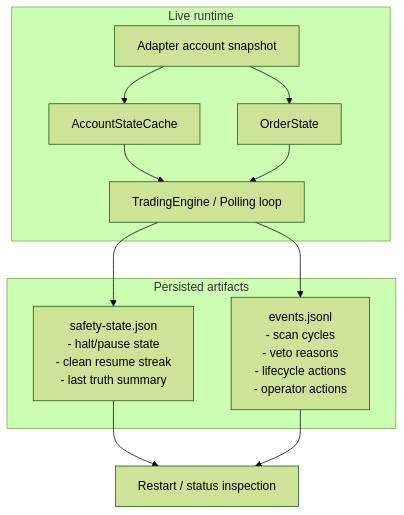
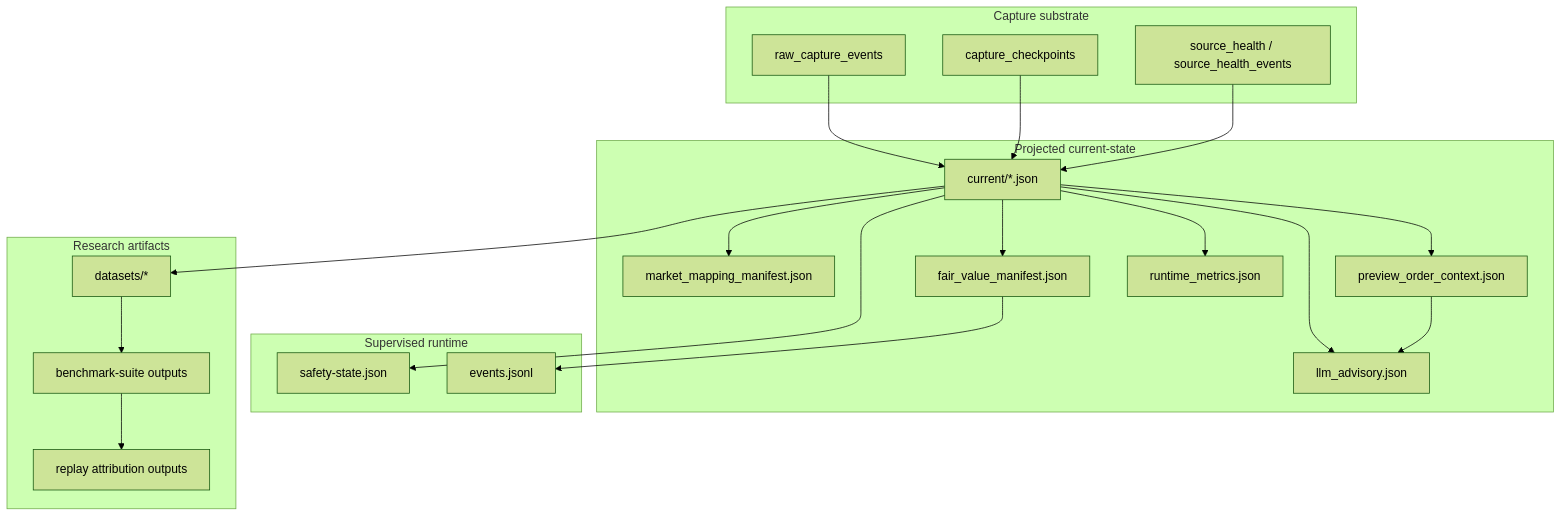
Before and after one commit to harshitagarwal2/polymarket-prediction-agent: the diagram in docs/diagrams/08-runtime-state-and-artifacts.md, drawn with Mermaid (forest theme). The commit also changed other lines of this file and 8 other files, not shown here.

First line of the commit message:
Refresh architecture diagrams

````diff
--- a/docs/diagrams/08-runtime-state-and-artifacts.md
+++ b/docs/diagrams/08-runtime-state-and-artifacts.md
@@ -5,24 +5,43 @@
 ```mermaid
 flowchart TD
-    subgraph live[Live runtime]
-        adapter[Adapter account snapshot]
-        account[AccountStateCache]
-        orders[OrderState]
-        engine[TradingEngine / Polling loop]
+    subgraph capture[Capture substrate]
+        raw[raw_capture_events]
+        checkpoints[capture_checkpoints]
+        health[source_health / source_health_events]
     end
 
-    subgraph persisted[Persisted artifacts]
-        safety[safety-state.json\n- halt/pause state\n- clean resume streak\n- last truth summary]
-        journal[events.jsonl\n- scan cycles\n- veto reasons\n- lifecycle actions\n- operator actions]
+    subgraph current[Projected current-state]
+        compat[current/*.json]
+        mappingmanifest[market_mapping_manifest.json]
+        fvmanifest[fair_value_manifest.json]
+        preview[preview_order_context.json]
+        advisory[llm_advisory.json]
+        metrics[runtime_metrics.json]
     end
 
-    adapter --> account
-    adapter --> orders
-    account --> engine
-    orders --> engine
-    engine --> safety
-    engine --> journal
+    subgraph runtime[Supervised runtime]
+        safety[safety-state.json]
+        journal[events.jsonl]
+    end
 
-    safety --> restart[Restart / status inspection]
-    journal --> restart
+    subgraph research[Research artifacts]
+        datasets[datasets/*]
+        benchmark[benchmark-suite outputs]
+        attribution[replay attribution outputs]
+    end
+
+    raw --> compat
+    checkpoints --> compat
+    health --> compat
+    compat --> mappingmanifest
+    compat --> fvmanifest
+    compat --> preview
+    compat --> advisory
+    compat --> metrics
+    compat --> safety
+    fvmanifest --> journal
+    preview --> advisory
+    compat --> datasets
+    datasets --> benchmark
+    benchmark --> attribution
 ```
````
